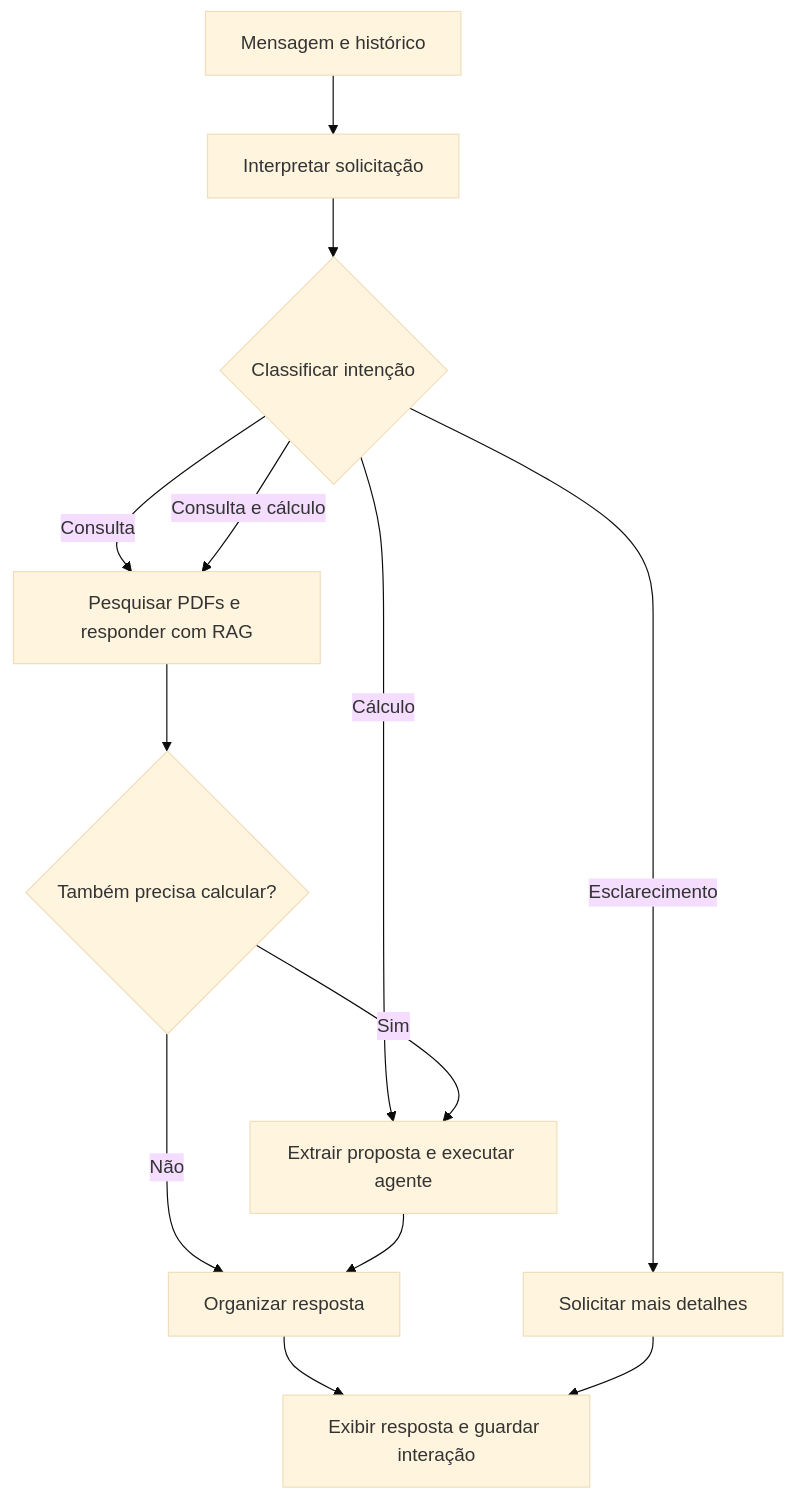
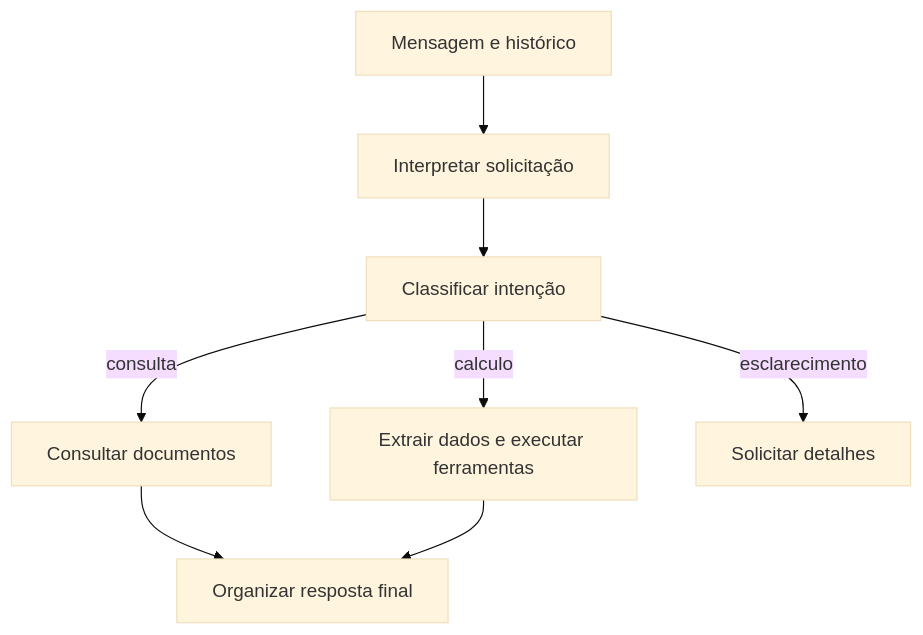
One commit to RenanTrevelim/credit-intelligence-lab changed the diagram in README.md. Above: the diagram before and after it, drawn with Mermaid (base theme). The commit also changed other lines of this file, not shown here.

````diff
--- a/README.md
+++ b/README.md
@@ -61,18 +164,12 @@
 ```mermaid
 flowchart TD
-    A["Mensagem e histórico"] --> B["Interpretar solicitação"]
-    B --> C{"Classificar intenção"}
+    A[Mensagem e histórico] --> B[Interpretar solicitação]
+    B --> C[Classificar intenção]
 
-    C -->|Consulta| D["Pesquisar PDFs e responder com RAG"]
-    C -->|Consulta e cálculo| D
-    C -->|Cálculo| E["Extrair proposta e executar agente"]
-    C -->|Esclarecimento| F["Solicitar mais detalhes"]
+    C -->|consulta| D[Consultar documentos]
+    C -->|calculo| E[Extrair dados e executar ferramentas]
+    C -->|esclarecimento| F[Solicitar detalhes]
 
-    D --> G{"Também precisa calcular?"}
-    G -->|Sim| E
-    G -->|Não| H["Organizar resposta"]
-    E --> H
-
-    H --> I["Exibir resposta e guardar interação"]
-    F --> I
+    D --> G[Organizar resposta final]
+    E --> G
 ```
````
